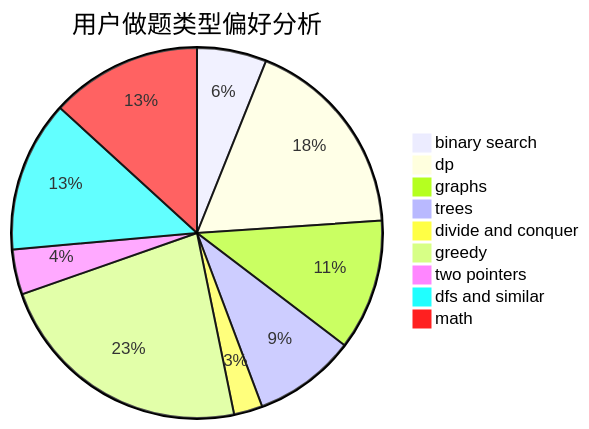
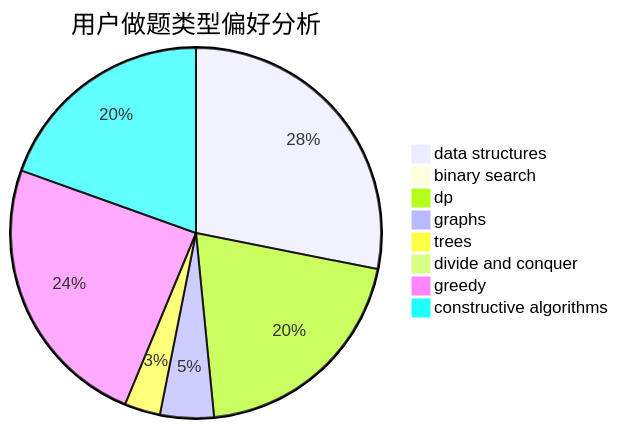
The second of 3 diagrams in docs/user/u1849.md (sherpahu/cfrs.github.io), drawn with Mermaid before and after one commit. The commit also changed other lines of this file and 2775 other files, not shown here.

````diff
--- a/docs/user/u1849.md
+++ b/docs/user/u1849.md
@@ -23,12 +23,11 @@
 ```mermaid
 pie title 用户做题类型偏好分析
-    "binary search" :  17
-    "dp" :  50
-    "graphs" :  32
-    "trees" :  25
-    "divide and conquer" :  7
-    "greedy" :  64
-    "two pointers" :  11
-    "dfs and similar" :  37
-    "math" :  37
+    "data structures" :  36
+    "binary search" :  0
+    "dp" :  26
+    "graphs" :  6
+    "trees" :  4
+    "divide and conquer" :  0
+    "greedy" :  31
+    "constructive algorithms" :  25
 ```
````
